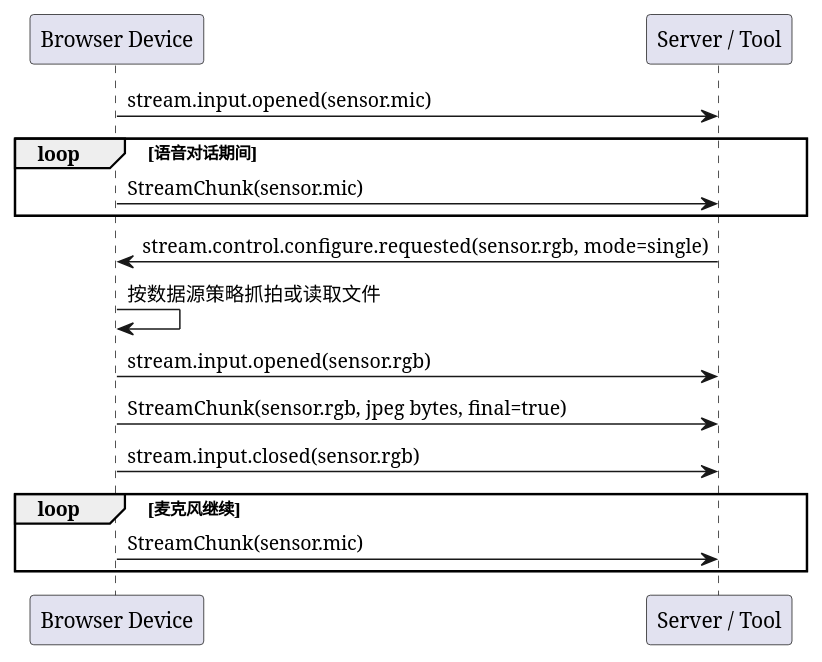
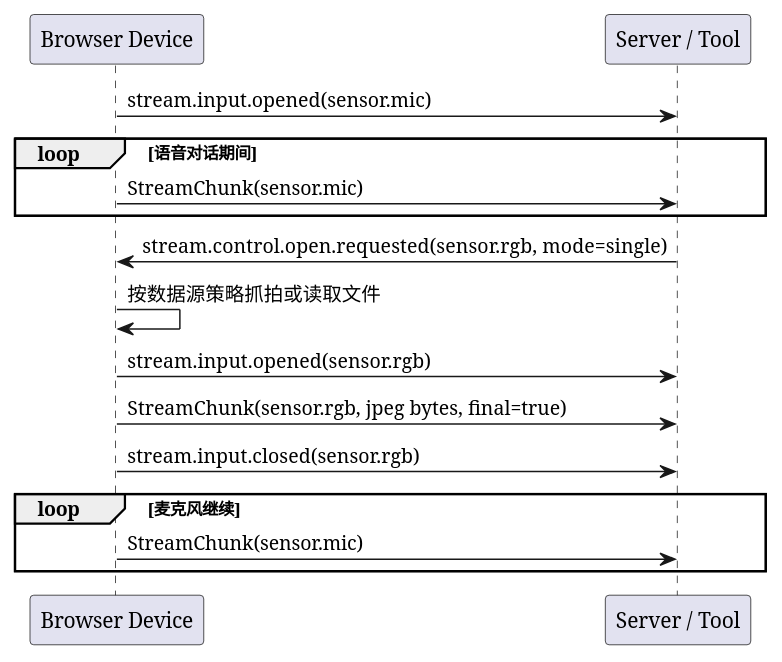
Before and after one commit to HengeLiu/RealtimeAgent: the second of 4 diagrams in device-examples/browser-glass/browser-glass-design.md, drawn with PlantUML. The commit also changed other lines of this file and 114 other files, not shown here.

````diff
--- a/device-examples/browser-glass/browser-glass-design.md
+++ b/device-examples/browser-glass/browser-glass-design.md
@@ -413,19 +413,19 @@
 ```plantuml
 @startuml
 participant "Browser Device" as Device
 participant "Server / Tool" as Server
 
 Device -> Server: stream.input.opened(sensor.mic)
 loop 语音对话期间
   Device -> Server: StreamChunk(sensor.mic)
 end
-Server -> Device: stream.control.configure.requested(sensor.rgb, mode=single)
+Server -> Device: stream.control.open.requested(sensor.rgb, mode=single)
 Device -> Device: 按数据源策略抓拍或读取文件
 Device -> Server: stream.input.opened(sensor.rgb)
 Device -> Server: StreamChunk(sensor.rgb, jpeg bytes, final=true)
 Device -> Server: stream.input.closed(sensor.rgb)
 loop 麦克风继续
   Device -> Server: StreamChunk(sensor.mic)
 end
 @enduml
 ```
````
